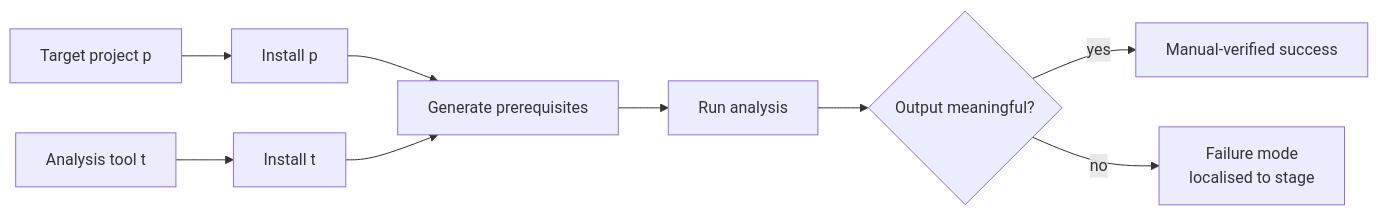
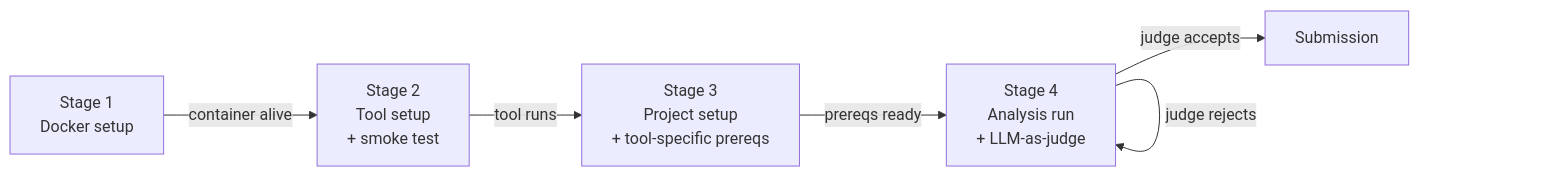
The diagram in docs/reports/2026-04-26/index.md (MarkLee131/paper-digest), drawn with Mermaid before and after one commit. The commit also changed other lines of this file and 10 other files, not shown here.

````diff
--- a/docs/reports/2026-04-26/index.md
+++ b/docs/reports/2026-04-26/index.md
@@ -217,11 +278,8 @@
 ```mermaid
 graph LR
-  P[Target project p] --> S1[Install p]
-  T[Analysis tool t] --> S2[Install t]
-  S1 --> S3[Generate prerequisites]
-  S2 --> S3
-  S3 --> S4[Run analysis]
-  S4 --> S5{Output meaningful?}
-  S5 -->|yes| OK[Manual-verified success]
-  S5 -->|no| BUG[Failure mode<br/>localised to stage]
+  S1[Stage 1<br/>Docker setup] -->|container alive| S2[Stage 2<br/>Tool setup<br/>+ smoke test]
+  S2 -->|tool runs| S3[Stage 3<br/>Project setup<br/>+ tool-specific prereqs]
+  S3 -->|prereqs ready| S4[Stage 4<br/>Analysis run<br/>+ LLM-as-judge]
+  S4 -->|judge accepts| OK[Submission]
+  S4 -->|judge rejects| S4
 ```
````
